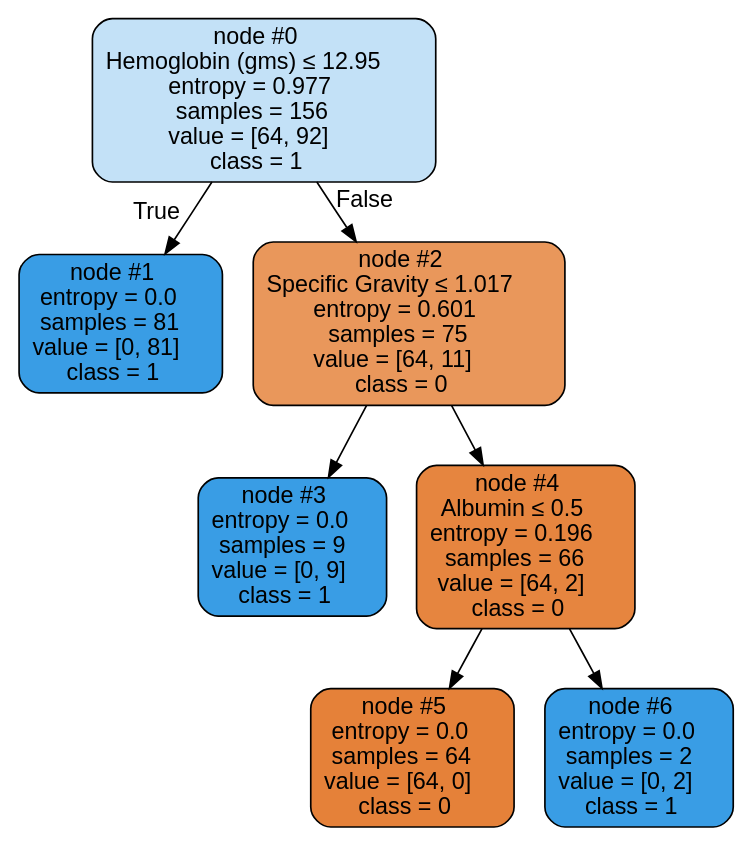
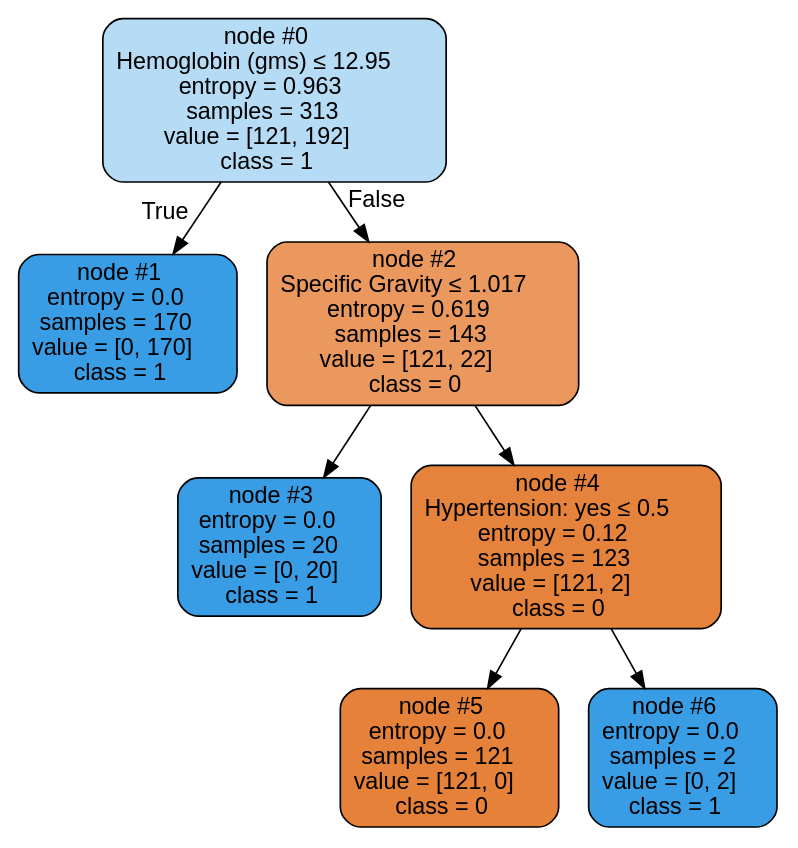
The diagram in 20231205/tree_rule_ckd.dot (yei134/NTUNHS_1121_InformationSciences), drawn with Graphviz before and after one commit. The commit also changed 2 other files, not shown here.

```diff
--- a/20231205/tree_rule_ckd.dot
+++ b/20231205/tree_rule_ckd.dot
@@ -1,17 +1,17 @@
 digraph Tree {
 node [shape=box, style="filled, rounded", color="black", fontname="helvetica"] ;
 edge [fontname="helvetica"] ;
-0 [label=<node &#35;0<br/>Hemoglobin (gms) &le; 12.95<br/>entropy = 0.977<br/>samples = 156<br/>value = [64, 92]<br/>class = 1>, fillcolor="#c3e1f7"] ;
-1 [label=<node &#35;1<br/>entropy = 0.0<br/>samples = 81<br/>value = [0, 81]<br/>class = 1>, fillcolor="#399de5"] ;
+0 [label=<node &#35;0<br/>Hemoglobin (gms) &le; 12.95<br/>entropy = 0.963<br/>samples = 313<br/>value = [121, 192]<br/>class = 1>, fillcolor="#b6dbf5"] ;
+1 [label=<node &#35;1<br/>entropy = 0.0<br/>samples = 170<br/>value = [0, 170]<br/>class = 1>, fillcolor="#399de5"] ;
 0 -> 1 [labeldistance=2.5, labelangle=45, headlabel="True"] ;
-2 [label=<node &#35;2<br/>Specific Gravity &le; 1.017<br/>entropy = 0.601<br/>samples = 75<br/>value = [64, 11]<br/>class = 0>, fillcolor="#e9975b"] ;
+2 [label=<node &#35;2<br/>Specific Gravity &le; 1.017<br/>entropy = 0.619<br/>samples = 143<br/>value = [121, 22]<br/>class = 0>, fillcolor="#ea985d"] ;
 0 -> 2 [labeldistance=2.5, labelangle=-45, headlabel="False"] ;
-3 [label=<node &#35;3<br/>entropy = 0.0<br/>samples = 9<br/>value = [0, 9]<br/>class = 1>, fillcolor="#399de5"] ;
+3 [label=<node &#35;3<br/>entropy = 0.0<br/>samples = 20<br/>value = [0, 20]<br/>class = 1>, fillcolor="#399de5"] ;
 2 -> 3 ;
-4 [label=<node &#35;4<br/>Albumin &le; 0.5<br/>entropy = 0.196<br/>samples = 66<br/>value = [64, 2]<br/>class = 0>, fillcolor="#e6853f"] ;
+4 [label=<node &#35;4<br/>Hypertension: yes &le; 0.5<br/>entropy = 0.12<br/>samples = 123<br/>value = [121, 2]<br/>class = 0>, fillcolor="#e5833c"] ;
 2 -> 4 ;
-5 [label=<node &#35;5<br/>entropy = 0.0<br/>samples = 64<br/>value = [64, 0]<br/>class = 0>, fillcolor="#e58139"] ;
+5 [label=<node &#35;5<br/>entropy = 0.0<br/>samples = 121<br/>value = [121, 0]<br/>class = 0>, fillcolor="#e58139"] ;
 4 -> 5 ;
 6 [label=<node &#35;6<br/>entropy = 0.0<br/>samples = 2<br/>value = [0, 2]<br/>class = 1>, fillcolor="#399de5"] ;
 4 -> 6 ;
 }
```
